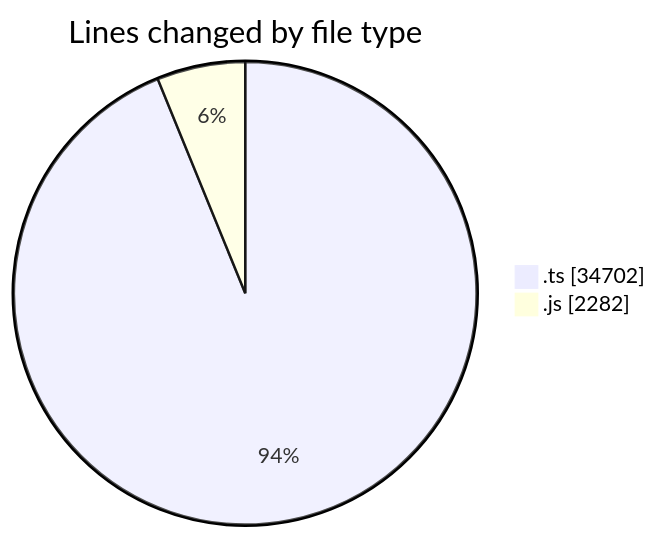
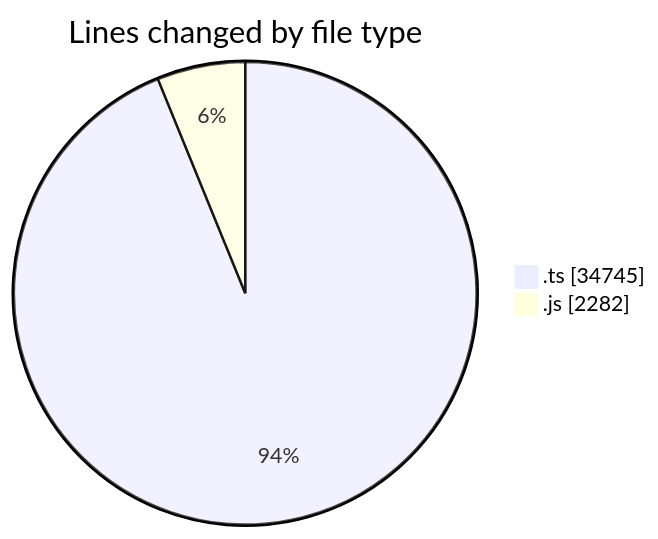
Before and after one commit to momahboobian/code-tracking: the first of 2 diagrams in 2025-06-26/cda/README.md, drawn with Mermaid. The commit also changed other lines of this file and 1 other file, not shown here.

````diff
--- a/2025-06-26/cda/README.md
+++ b/2025-06-26/cda/README.md
@@ -36,6 +36,6 @@
 ```mermaid
 pie showData
 title Lines changed by file type
-".ts" : 34702
+".ts" : 34745
 ".js" : 2282
 ```
````
